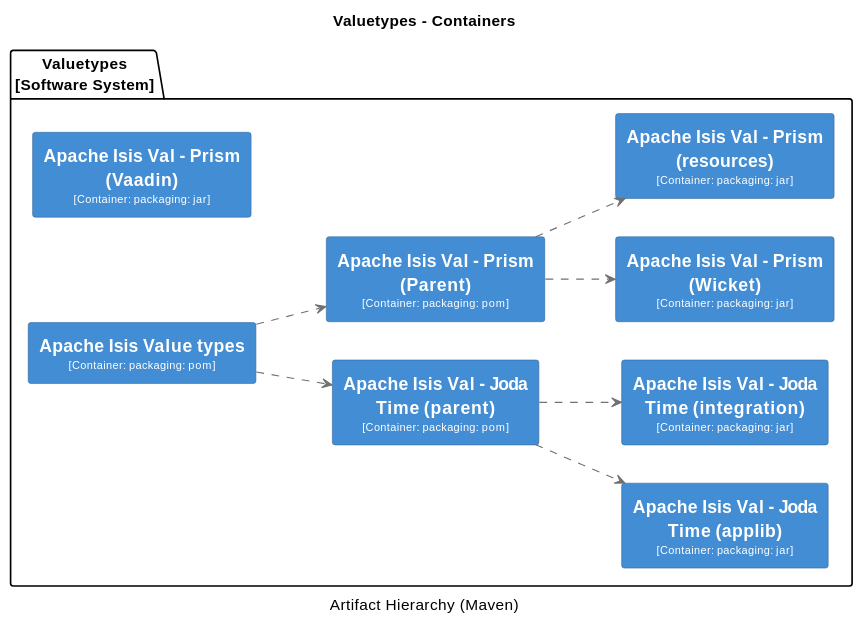
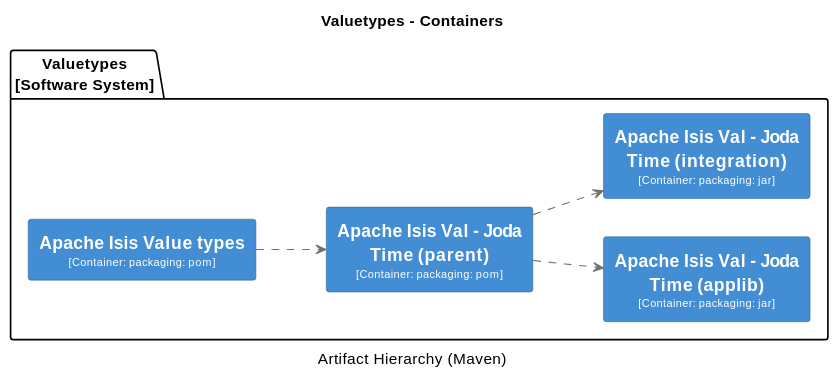
Before and after one commit to apache/causeway: diagram 17 of 31 in core/adoc/modules/_overview/pages/about.adoc, drawn with PlantUML. The commit also changed other lines of this file and 12 other files, not shown here.

```diff
--- a/core/adoc/modules/_overview/pages/about.adoc
+++ b/core/adoc/modules/_overview/pages/about.adoc
@@ -3112,73 +3152,46 @@
 [plantuml,Valuetypes,svg]
 ----
 @startuml(id=Valuetypes)
 title Valuetypes - Containers
 caption Artifact Hierarchy (Maven)
 
 skinparam {
   shadowing false
   arrowFontSize 10
   defaultTextAlignment center
   wrapWidth 200
   maxMessageSize 100
 }
 hide stereotype
 left to right direction
 skinparam rectangle<<2>> {
   BackgroundColor #438dd5
   FontColor #fffffe
   BorderColor #2E6295
 }
 skinparam rectangle<<3>> {
   BackgroundColor #438dd5
   FontColor #fffffe
   BorderColor #2E6295
 }
 skinparam rectangle<<4>> {
   BackgroundColor #438dd5
   FontColor #fffffe
   BorderColor #2E6295
 }
 skinparam rectangle<<5>> {
   BackgroundColor #438dd5
   FontColor #fffffe
   BorderColor #2E6295
 }
-skinparam rectangle<<6>> {
-  BackgroundColor #438dd5
-  FontColor #fffffe
-  BorderColor #2E6295
-}
-skinparam rectangle<<7>> {
-  BackgroundColor #438dd5
-  FontColor #fffffe
-  BorderColor #2E6295
-}
-skinparam rectangle<<8>> {
-  BackgroundColor #438dd5
-  FontColor #fffffe
-  BorderColor #2E6295
-}
-skinparam rectangle<<9>> {
-  BackgroundColor #438dd5
-  FontColor #fffffe
-  BorderColor #2E6295
-}
 package "Valuetypes\n[Software System]" {
   rectangle "==Apache Isis Val - Joda Time (applib)\n<size:10>[Container: packaging: jar]</size>" <<4>> as 4
   rectangle "==Apache Isis Val - Joda Time (integration)\n<size:10>[Container: packaging: jar]</size>" <<5>> as 5
   rectangle "==Apache Isis Val - Joda Time (parent)\n<size:10>[Container: packaging: pom]</size>" <<3>> as 3
-  rectangle "==Apache Isis Val - Prism (Parent)\n<size:10>[Container: packaging: pom]</size>" <<6>> as 6
-  rectangle "==Apache Isis Val - Prism (Vaadin)\n<size:10>[Container: packaging: jar]</size>" <<8>> as 8
-  rectangle "==Apache Isis Val - Prism (Wicket)\n<size:10>[Container: packaging: jar]</size>" <<9>> as 9
-  rectangle "==Apache Isis Val - Prism (resources)\n<size:10>[Container: packaging: jar]</size>" <<7>> as 7
   rectangle "==Apache Isis Value types\n<size:10>[Container: packaging: pom]</size>" <<2>> as 2
 }
 3 .[#707070].> 4 : ""
 3 .[#707070].> 5 : ""
-6 .[#707070].> 9 : ""
-6 .[#707070].> 7 : ""
 2 .[#707070].> 3 : ""
-2 .[#707070].> 6 : ""
 @enduml
 ----
```
